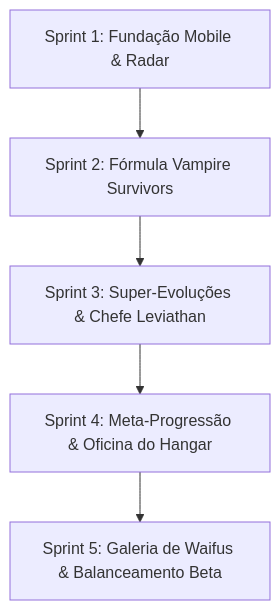
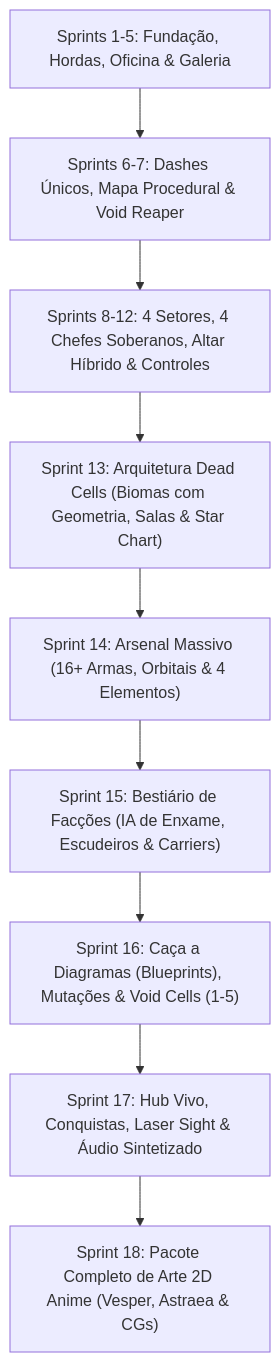
The diagram in docs/ROADMAP_SPRINTS.md (momarinho/astra-valkyries), drawn with Mermaid before and after one commit. The commit also changed other lines of this file, not shown here.

Commit message:
docs: add Phase 2 AA Roguelite Expansion roadmap (Sprints 13-18)

````diff
--- a/docs/ROADMAP_SPRINTS.md
+++ b/docs/ROADMAP_SPRINTS.md
@@ -13,7 +13,11 @@
 ```mermaid
 flowchart TD
-    S1["Sprint 1: Fundação Mobile & Radar"] --> S2["Sprint 2: Fórmula Vampire Survivors"]
-    S2 --> S3["Sprint 3: Super-Evoluções & Chefe Leviathan"]
-    S3 --> S4["Sprint 4: Meta-Progressão & Oficina do Hangar"]
-    S4 --> S5["Sprint 5: Galeria de Waifus & Balanceamento Beta"]
+    S1["Sprints 1-5: Fundação, Hordas, Oficina & Galeria"] --> S6["Sprints 6-7: Dashes Únicos, Mapa Procedural & Void Reaper"]
+    S6 --> S8["Sprints 8-12: 4 Setores, 4 Chefes Soberanos, Altar Híbrido & Controles"]
+    S8 --> S13["Sprint 13: Arquitetura Dead Cells (Biomas com Geometria, Salas & Star Chart)"]
+    S13 --> S14["Sprint 14: Arsenal Massivo (16+ Armas, Orbitais & 4 Elementos)"]
+    S14 --> S15["Sprint 15: Bestiário de Facções (IA de Enxame, Escudeiros & Carriers)"]
+    S15 --> S16["Sprint 16: Caça a Diagramas (Blueprints), Mutações & Void Cells (1-5)"]
+    S16 --> S17["Sprint 17: Hub Vivo, Conquistas, Laser Sight & Áudio Sintetizado"]
+    S17 --> S18["Sprint 18: Pacote Completo de Arte 2D Anime (Vesper, Astraea & CGs)"]
 ```
````
